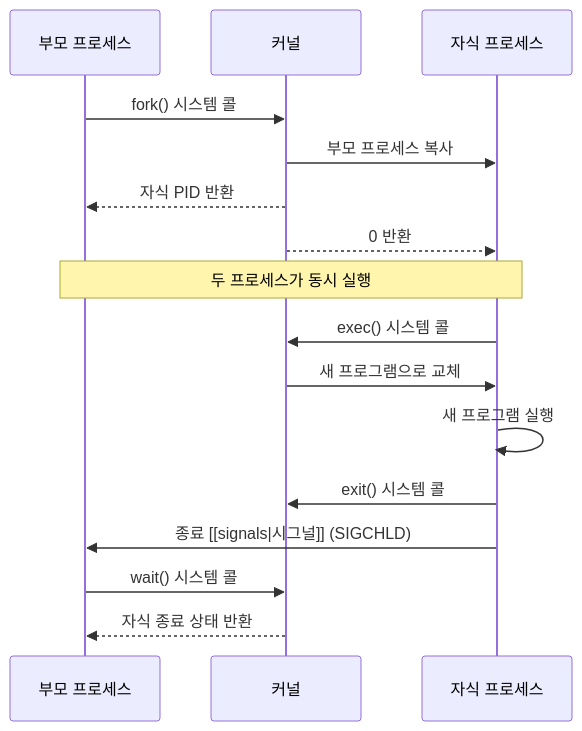
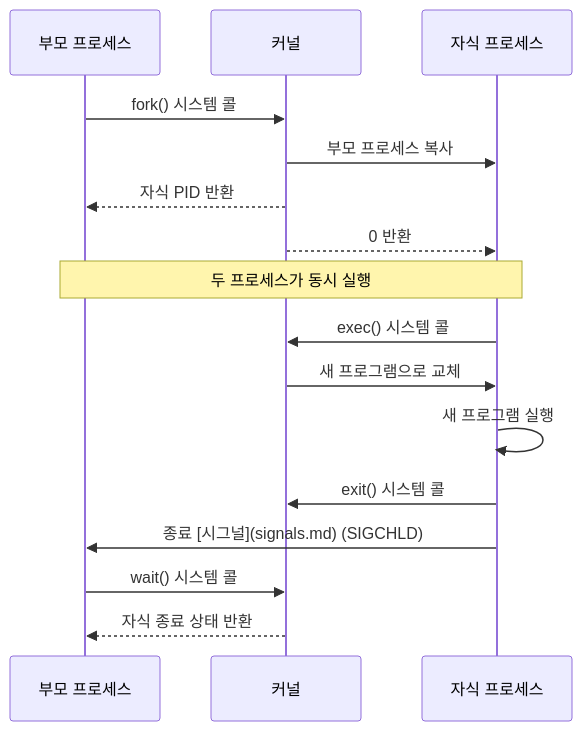
One commit to youngmin-gwon/what-i-studied changed the third of 3 diagrams in 01_inbox/operating-systems/process-states-lifecycle.md. Above: the diagram before and after it, drawn with Mermaid. The commit also changed other lines of this file and 225 other files, not shown here.

````diff
--- a/01_inbox/operating-systems/process-states-lifecycle.md
+++ b/01_inbox/operating-systems/process-states-lifecycle.md
@@ -165,22 +165,22 @@
 ```mermaid
 sequenceDiagram
     participant Parent as 부모 프로세스
     participant Kernel as 커널
     participant Child as 자식 프로세스
     
     Parent->>Kernel: fork() 시스템 콜
     Kernel->>Child: 부모 프로세스 복사
     Kernel-->>Parent: 자식 PID 반환
     Kernel-->>Child: 0 반환
     
     Note over Parent,Child: 두 프로세스가 동시 실행
     
     Child->>Kernel: exec() 시스템 콜
     Kernel->>Child: 새 프로그램으로 교체
     Child->>Child: 새 프로그램 실행
     
     Child->>Kernel: exit() 시스템 콜
-    Child->>Parent: 종료 [[signals|시그널]] (SIGCHLD)
+    Child->>Parent: 종료 [시그널](signals.md) (SIGCHLD)
     Parent->>Kernel: wait() 시스템 콜
     Kernel-->>Parent: 자식 종료 상태 반환
 ```
````
